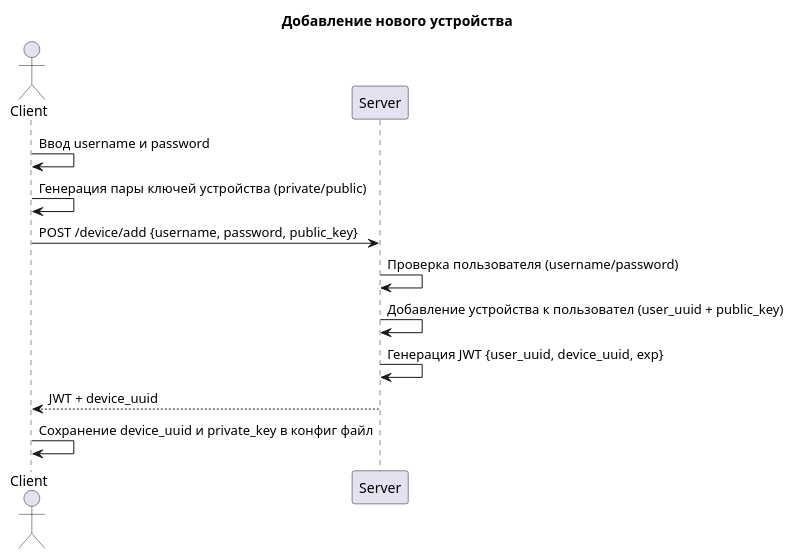
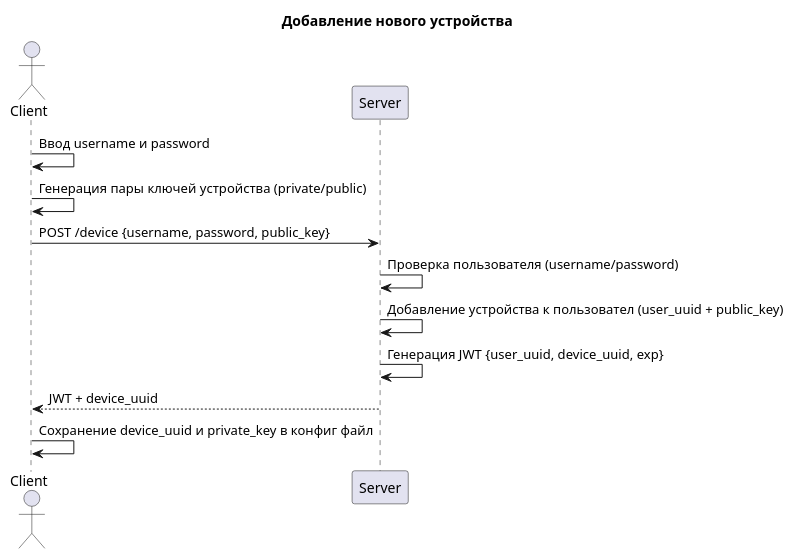
One commit to sbilibin2017/bil-message changed the diagram in docs/device.puml. Above: the diagram before and after it, drawn with PlantUML. The commit also changed 26 other files, not shown here.

```diff
--- a/docs/device.puml
+++ b/docs/device.puml
@@ -1,18 +1,18 @@
 @startuml
 title Добавление нового устройства
 
 actor Client
 participant Server
 
 Client -> Client: Ввод username и password
 Client -> Client: Генерация пары ключей устройства (private/public)
 
-Client -> Server: POST /device/add {username, password, public_key}
+Client -> Server: POST /device {username, password, public_key}
 
 Server -> Server: Проверка пользователя (username/password)
 Server -> Server: Добавление устройства к пользовател (user_uuid + public_key)
 Server -> Server: Генерация JWT {user_uuid, device_uuid, exp}
 
 Server --> Client: JWT + device_uuid
 Client -> Client: Сохранение device_uuid и private_key в конфиг файл
 @enduml
```
